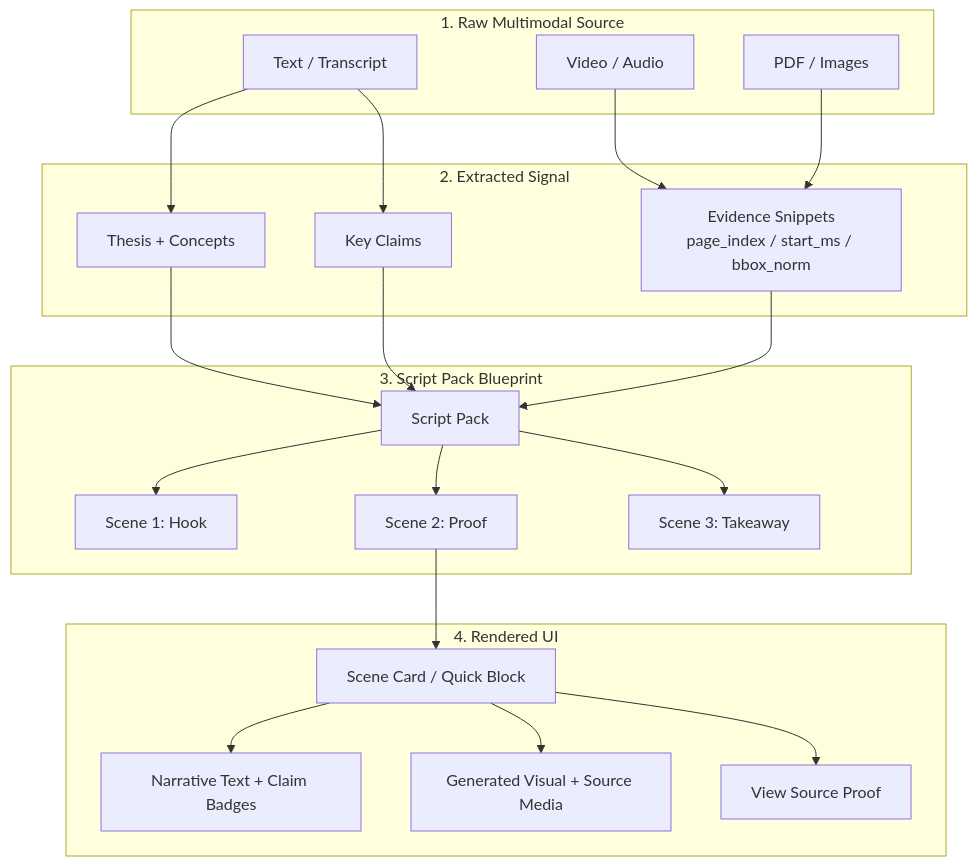
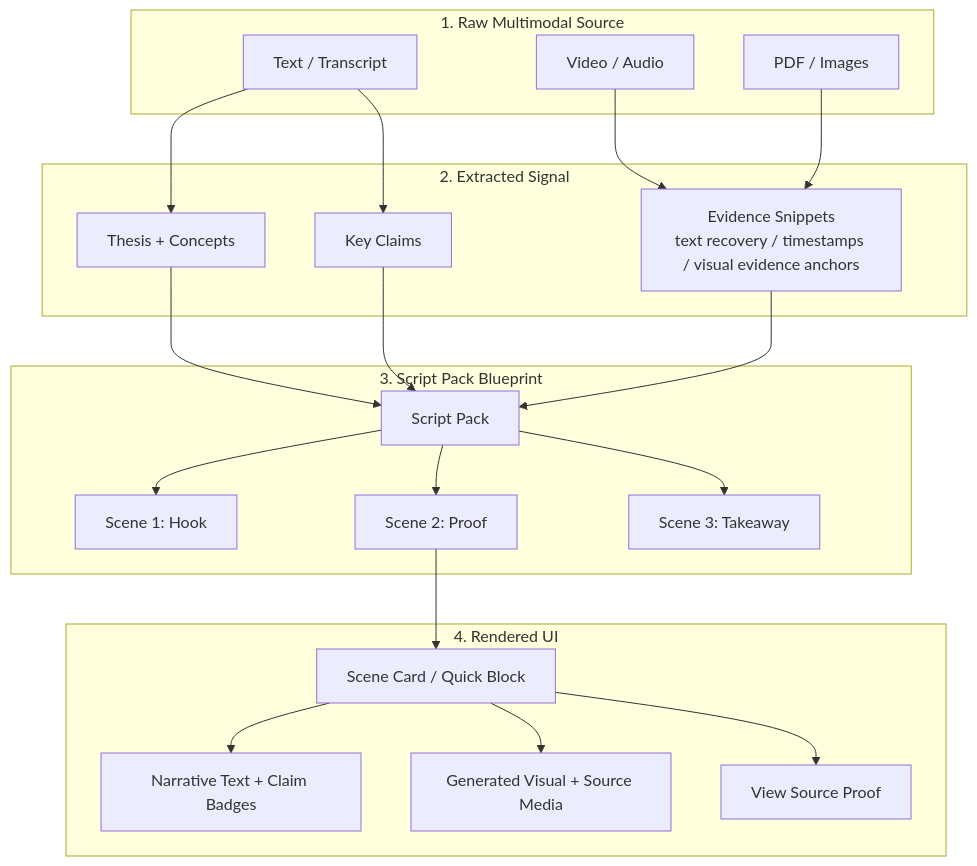
Before and after one commit to Silveroboros-dev/ExplainFlow: the second of 2 diagrams in README.md, drawn with Mermaid. The commit also changed other lines of this file and 2 other files, not shown here.

Commit message:
Clarify architecture docs and demo framing

````diff
--- a/README.md
+++ b/README.md
@@ -84,43 +84,43 @@
 ```mermaid
 flowchart TD
     subgraph RAW["1. Raw Multimodal Source"]
         T["Text / Transcript"]
         V["Video / Audio"]
         P["PDF / Images"]
     end
 
     subgraph SIG["2. Extracted Signal"]
         TH["Thesis + Concepts"]
         KC["Key Claims"]
-        EV["Evidence Snippets<br/>page_index / start_ms / bbox_norm"]
+        EV["Evidence Snippets<br/>text recovery / timestamps / visual evidence anchors"]
     end
 
     subgraph PLAN["3. Script Pack Blueprint"]
         SP["Script Pack"]
         S1["Scene 1: Hook"]
         S2["Scene 2: Proof"]
         S3["Scene 3: Takeaway"]
     end
 
     subgraph UI["4. Rendered UI"]
         CARD["Scene Card / Quick Block"]
         TEXT["Narrative Text + Claim Badges"]
         VIS["Generated Visual + Source Media"]
         PROOF["View Source Proof"]
     end
 
     T --> TH
     T --> KC
     V --> EV
     P --> EV
     KC --> SP
     EV --> SP
     TH --> SP
     SP --> S1
     SP --> S2
     SP --> S3
     S2 --> CARD
     CARD --> TEXT
     CARD --> VIS
     CARD --> PROOF
 ```
````
